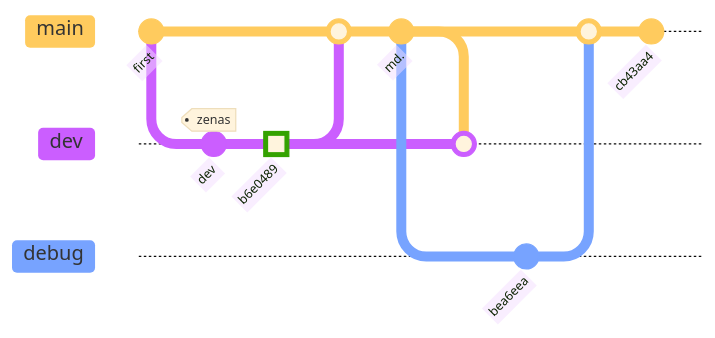
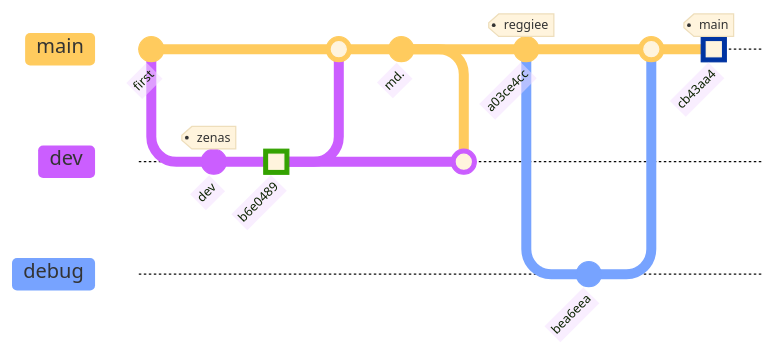
Before and after one commit to reggiee76/Particles: the diagram in README.md, drawn with Mermaid.

````diff
--- a/README.md
+++ b/README.md
@@ -3,21 +3,22 @@
 ```mermaid
 %%{init: { 'logLevel': 'debug', 'theme': 'base' } }%%
 gitGraph
     commit id: "first"
     branch dev
     checkout dev
     commit id:"dev" tag:"zenas"
     commit id: "b6e0489" type:HIGHLIGHT
     checkout main
     merge dev
     commit id:"md." type:NORMAL
     checkout dev
     merge main
     checkout main
+    commit id: "a03ce4cc" tag:"reggiee"
     branch debug
     checkout debug
     commit id: "bea6eea"
     checkout main
     merge debug
-    commit id: "cb43aa4"
+    commit id: "cb43aa4" tag: "main" type:HIGHLIGHT
 ```
````
